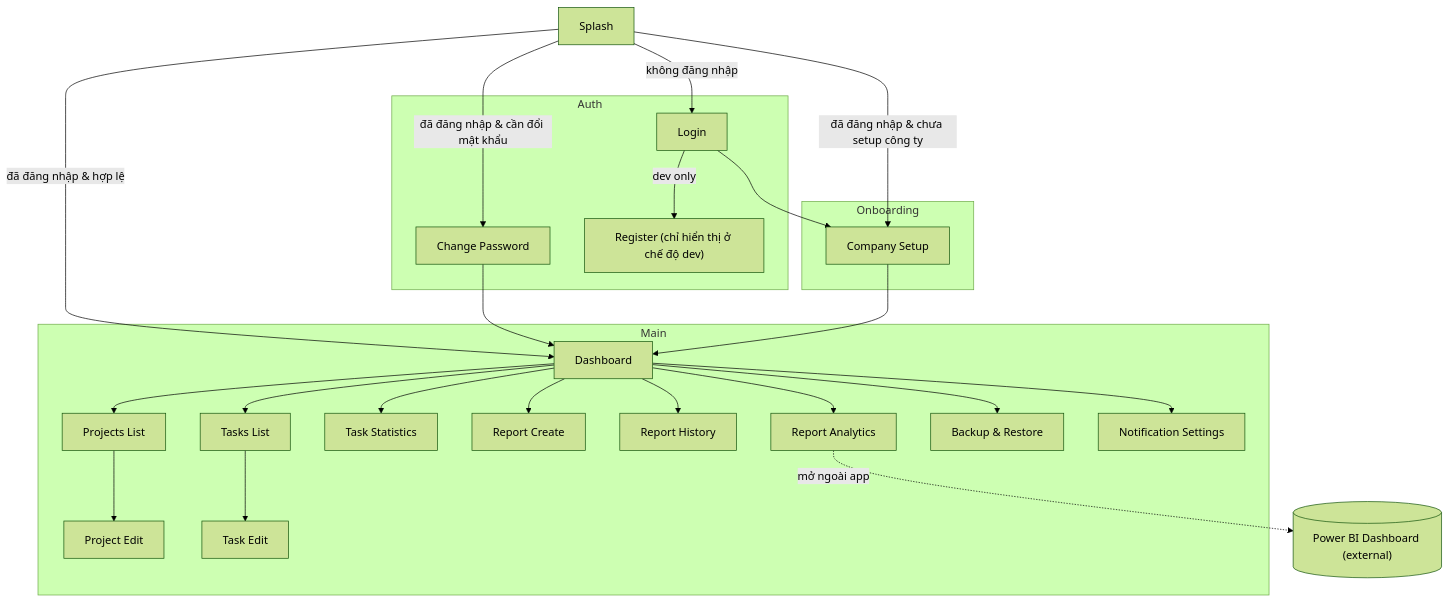
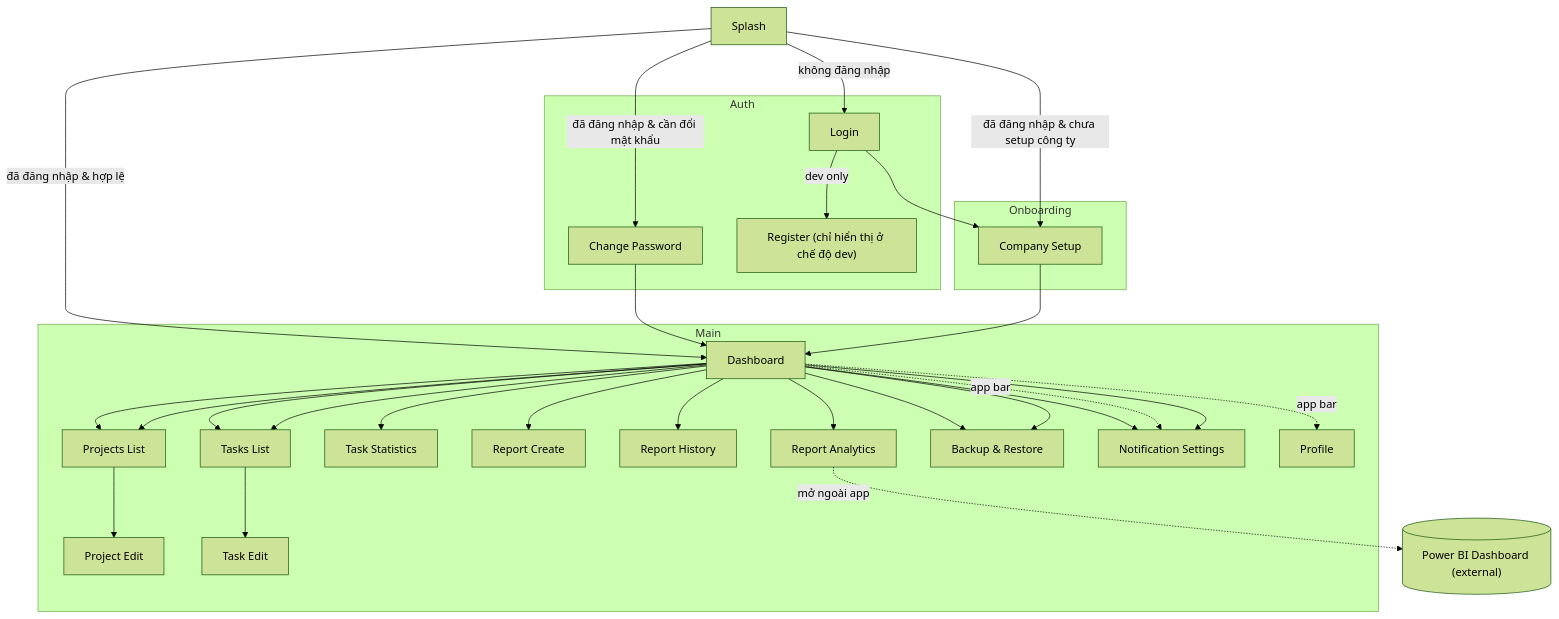
The diagram in docs/APP_DIAGRAM.md (trunhquang/todolist), drawn with Mermaid (forest theme) before and after one commit. The commit also changed 3 other files, not shown here.

Commit message:
- [docs] Cập nhật sơ đồ ứng dụng: thêm Tasks, Task Statistics, Profile - Bổ sung liên kết AppBar (Profile, Notifications) và điều hướng Dashboard hiện tại

````diff
--- a/docs/APP_DIAGRAM.md
+++ b/docs/APP_DIAGRAM.md
@@ -5,55 +5,64 @@
 ```mermaid
 flowchart TD
   Splash["Splash"] --> |không đăng nhập| Login["Login"]
   Splash --> |đã đăng nhập & cần đổi mật khẩu| ChangePassword["Change Password"]
   Splash --> |đã đăng nhập & chưa setup công ty| CompanySetup["Company Setup"]
   Splash --> |đã đăng nhập & hợp lệ| Dashboard["Dashboard"]
 
   %% Auth
   subgraph Auth
     Login
     Register["Register (chỉ hiển thị ở chế độ dev)"]
     ChangePassword
   end
   Login --> |dev only| Register
   Login --> CompanySetup
   ChangePassword --> Dashboard
 
   %% Onboarding
   subgraph Onboarding
     CompanySetup
   end
   CompanySetup --> Dashboard
 
   %% Khu vực chính (Dashboard và các module)
   subgraph Main
     Dashboard
     Projects["Projects List"]
     ProjectEdit["Project Edit"]
     Tasks["Tasks List"]
     TaskEdit["Task Edit"]
     TaskStats["Task Statistics"]
     ReportsCreate["Report Create"]
     ReportsHistory["Report History"]
     ReportsAnalytics["Report Analytics"]
     BackupRestore["Backup & Restore"]
     NotiSettings["Notification Settings"]
+    Profile["Profile"]
   end
 
   %% Điều hướng từ Dashboard
   Dashboard --> Projects
   Dashboard --> Tasks
   Dashboard --> ReportsCreate
   Dashboard --> ReportsHistory
   Dashboard --> ReportsAnalytics
   Dashboard --> TaskStats
+  Dashboard --> Tasks
+  Dashboard --> Projects
+  Dashboard --> BackupRestore
+  Dashboard --> NotiSettings
+
+  %% AppBar actions
+  Dashboard -. app bar .-> Profile
+  Dashboard -. app bar .-> NotiSettings
   Dashboard --> BackupRestore
   Dashboard --> NotiSettings
 
   %% Điều hướng chi tiết
   Projects --> ProjectEdit
   Tasks --> TaskEdit
 
   %% Liên kết ngoài (không phải route)
   ReportsAnalytics -. mở ngoài app .-> PowerBI[("Power BI Dashboard (external)")]
 ```
````
